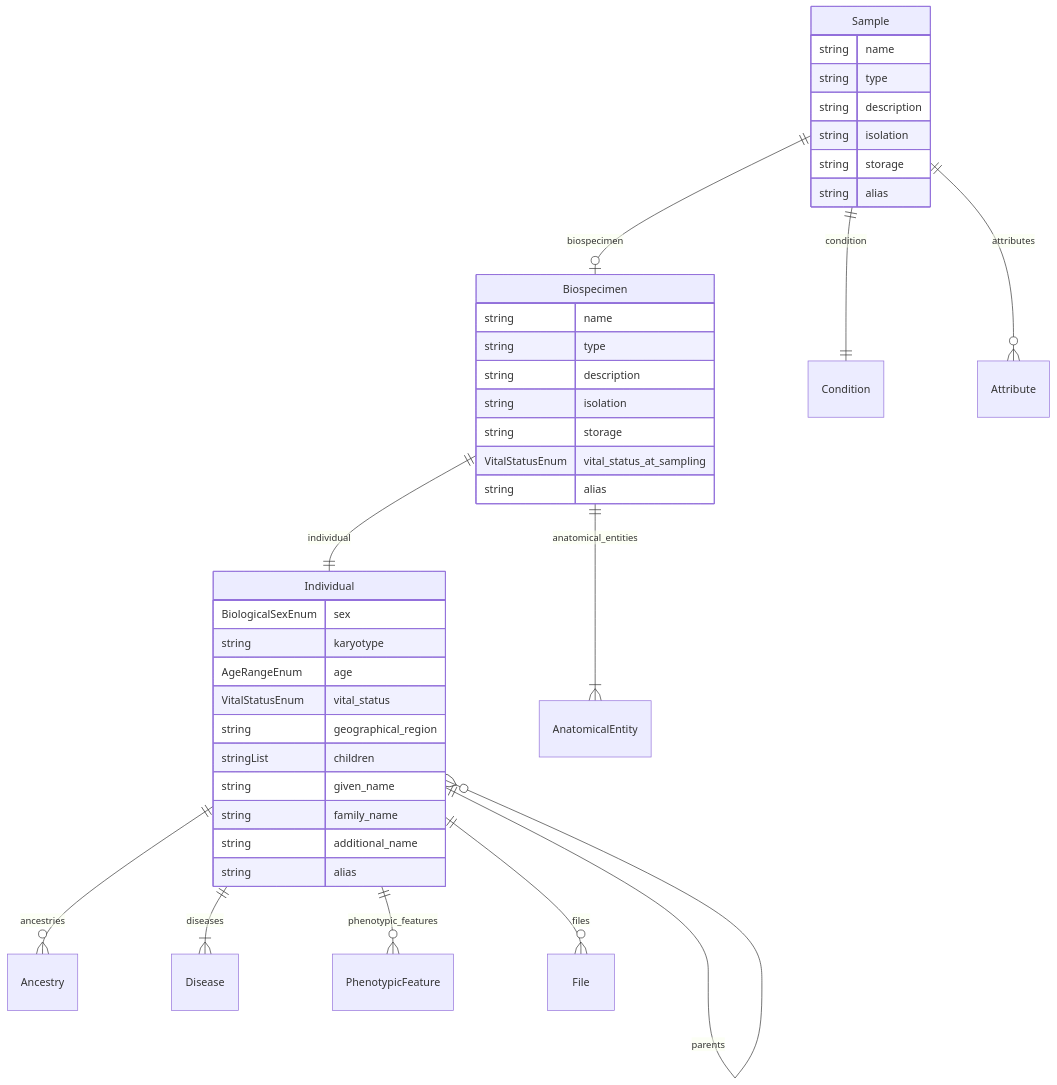
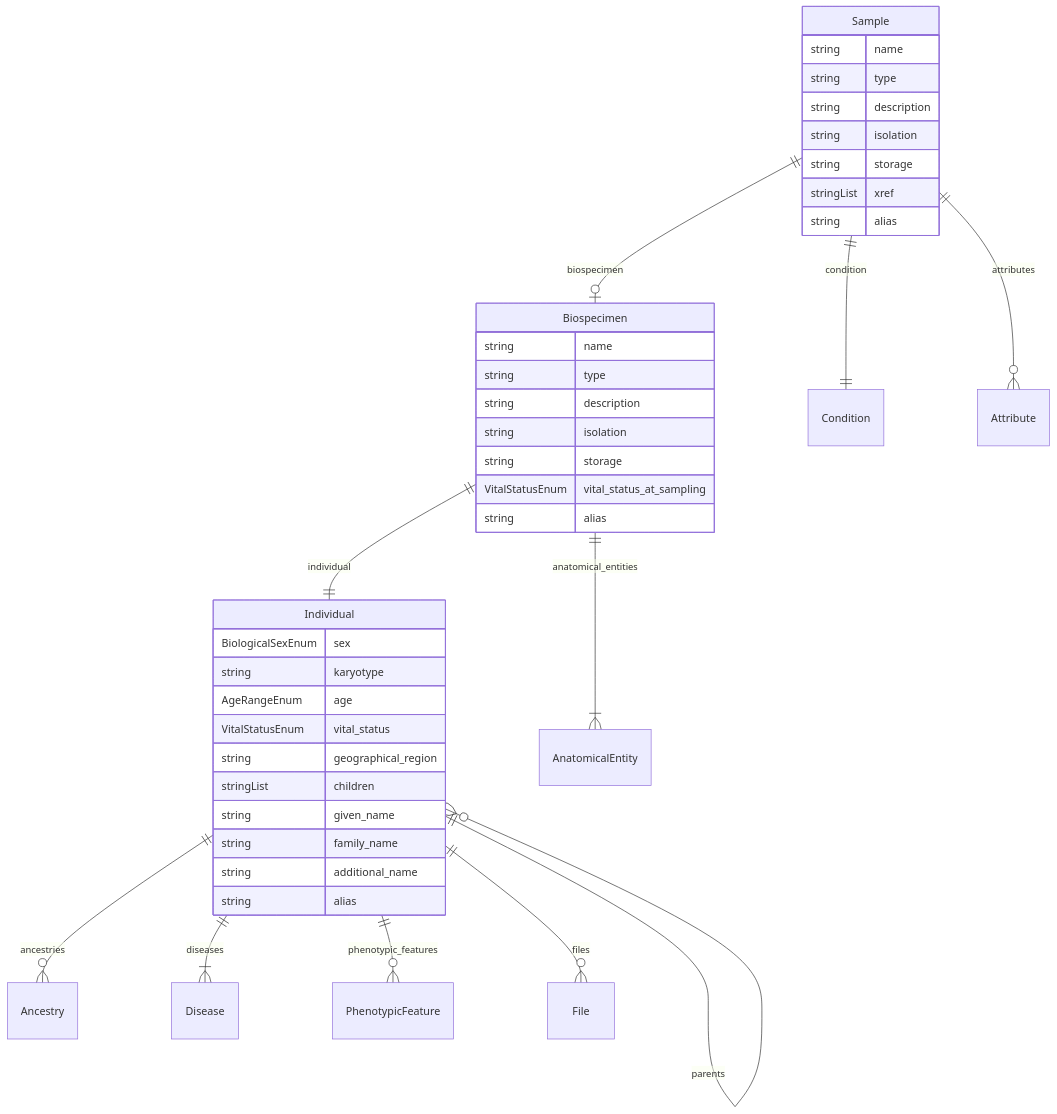
One commit to ghga-de/ghga-metadata-schema changed the fifth of 7 diagrams in docs/entity_relations.md. Above: the diagram before and after it, drawn with Mermaid. The commit also changed other lines of this file, not shown here.

````diff
--- a/docs/entity_relations.md
+++ b/docs/entity_relations.md
@@ -228,44 +228,45 @@
 ```mermaid
 erDiagram
 Individual {
     BiologicalSexEnum sex  
     string karyotype  
     AgeRangeEnum age  
     VitalStatusEnum vital_status  
     string geographical_region  
     stringList children  
     string given_name  
     string family_name  
     string additional_name  
     string alias  
 }
 Biospecimen {
     string name  
     string type  
     string description  
     string isolation  
     string storage  
     VitalStatusEnum vital_status_at_sampling  
     string alias  
 }
 Sample {
     string name  
     string type  
     string description  
     string isolation  
     string storage  
+    stringList xref  
     string alias  
 }
 
 Individual ||--}o Ancestry : "ancestries"
 Individual ||--}o Individual : "parents"
 Individual ||--}| Disease : "diseases"
 Individual ||--}o PhenotypicFeature : "phenotypic_features"
 Individual ||--}o File : "files"
 Biospecimen ||--|| Individual : "individual"
 Biospecimen ||--}| AnatomicalEntity : "anatomical_entities"
 Sample ||--|o Biospecimen : "biospecimen"
 Sample ||--|| Condition : "condition"
 Sample ||--}o Attribute : "attributes"
 
 ```
````
